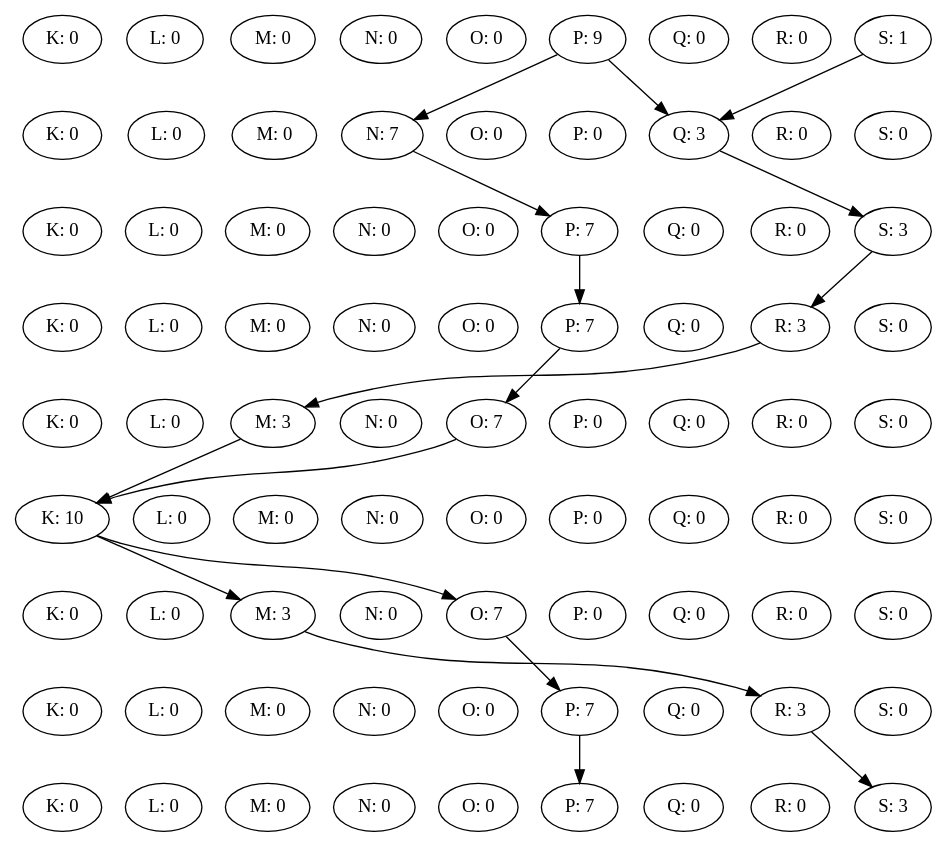
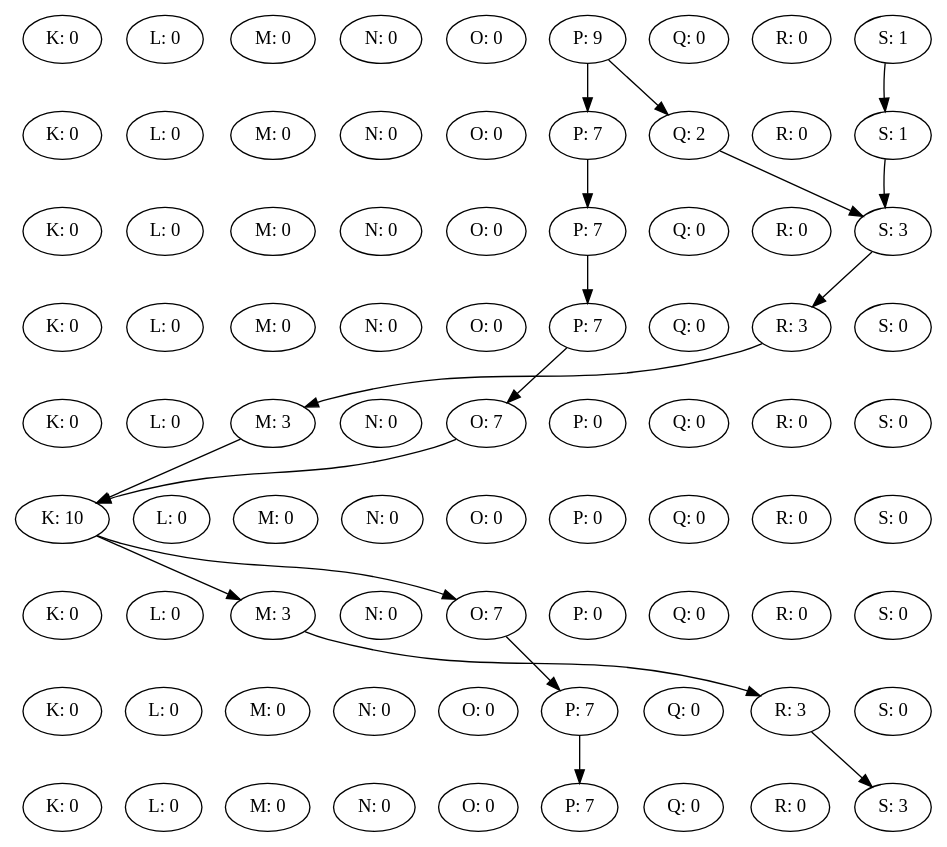
One commit to TieneSabor/slugs_swarmPlanner changed the diagram in ReAssigned.dot. Above: the diagram before and after it, drawn with Graphviz. The commit also changed 11 other files, not shown here.

```diff
--- a/ReAssigned.dot
+++ b/ReAssigned.dot
@@ -1,102 +1,103 @@
 digraph {
 K0 [label="K: 0"];
 L0 [label="L: 0"];
 M0 [label="M: 0"];
 N0 [label="N: 0"];
 O0 [label="O: 0"];
 P0 [label="P: 9"];
 Q0 [label="Q: 0"];
 R0 [label="R: 0"];
 S0 [label="S: 1"];
 rank = same {K0 -> L0 -> M0 -> N0 -> O0 -> P0 -> Q0 -> R0 -> S0 [style=invis] }K1 [label="K: 0"];
 L1 [label="L: 0"];
 M1 [label="M: 0"];
-N1 [label="N: 7"];
+N1 [label="N: 0"];
 O1 [label="O: 0"];
-P1 [label="P: 0"];
-Q1 [label="Q: 3"];
+P1 [label="P: 7"];
+Q1 [label="Q: 2"];
 R1 [label="R: 0"];
-S1 [label="S: 0"];
-rank = same {K1 -> L1 -> M1 -> N1 -> O1 -> P1 -> Q1 -> R1 -> S1 [style=invis] }P0 -> N1
+S1 [label="S: 1"];
+rank = same {K1 -> L1 -> M1 -> N1 -> O1 -> P1 -> Q1 -> R1 -> S1 [style=invis] }P0 -> P1
 P0 -> Q1
-S0 -> Q1
+S0 -> S1
 K2 [label="K: 0"];
 L2 [label="L: 0"];
 M2 [label="M: 0"];
 N2 [label="N: 0"];
 O2 [label="O: 0"];
 P2 [label="P: 7"];
 Q2 [label="Q: 0"];
 R2 [label="R: 0"];
 S2 [label="S: 3"];
-rank = same {K2 -> L2 -> M2 -> N2 -> O2 -> P2 -> Q2 -> R2 -> S2 [style=invis] }N1 -> P2
+rank = same {K2 -> L2 -> M2 -> N2 -> O2 -> P2 -> Q2 -> R2 -> S2 [style=invis] }P1 -> P2
 Q1 -> S2
+S1 -> S2
 K3 [label="K: 0"];
 L3 [label="L: 0"];
 M3 [label="M: 0"];
 N3 [label="N: 0"];
 O3 [label="O: 0"];
 P3 [label="P: 7"];
 Q3 [label="Q: 0"];
 R3 [label="R: 3"];
 S3 [label="S: 0"];
 rank = same {K3 -> L3 -> M3 -> N3 -> O3 -> P3 -> Q3 -> R3 -> S3 [style=invis] }P2 -> P3
 S2 -> R3
 K4 [label="K: 0"];
 L4 [label="L: 0"];
 M4 [label="M: 3"];
 N4 [label="N: 0"];
 O4 [label="O: 7"];
 P4 [label="P: 0"];
 Q4 [label="Q: 0"];
 R4 [label="R: 0"];
 S4 [label="S: 0"];
 rank = same {K4 -> L4 -> M4 -> N4 -> O4 -> P4 -> Q4 -> R4 -> S4 [style=invis] }P3 -> O4
 R3 -> M4
 K5 [label="K: 10"];
 L5 [label="L: 0"];
 M5 [label="M: 0"];
 N5 [label="N: 0"];
 O5 [label="O: 0"];
 P5 [label="P: 0"];
 Q5 [label="Q: 0"];
 R5 [label="R: 0"];
 S5 [label="S: 0"];
 rank = same {K5 -> L5 -> M5 -> N5 -> O5 -> P5 -> Q5 -> R5 -> S5 [style=invis] }M4 -> K5
 O4 -> K5
 K6 [label="K: 0"];
 L6 [label="L: 0"];
 M6 [label="M: 3"];
 N6 [label="N: 0"];
 O6 [label="O: 7"];
 P6 [label="P: 0"];
 Q6 [label="Q: 0"];
 R6 [label="R: 0"];
 S6 [label="S: 0"];
 rank = same {K6 -> L6 -> M6 -> N6 -> O6 -> P6 -> Q6 -> R6 -> S6 [style=invis] }K5 -> M6
 K5 -> O6
 K7 [label="K: 0"];
 L7 [label="L: 0"];
 M7 [label="M: 0"];
 N7 [label="N: 0"];
 O7 [label="O: 0"];
 P7 [label="P: 7"];
 Q7 [label="Q: 0"];
 R7 [label="R: 3"];
 S7 [label="S: 0"];
 rank = same {K7 -> L7 -> M7 -> N7 -> O7 -> P7 -> Q7 -> R7 -> S7 [style=invis] }M6 -> R7
 O6 -> P7
 K8 [label="K: 0"];
 L8 [label="L: 0"];
 M8 [label="M: 0"];
 N8 [label="N: 0"];
 O8 [label="O: 0"];
 P8 [label="P: 7"];
 Q8 [label="Q: 0"];
 R8 [label="R: 0"];
 S8 [label="S: 3"];
 rank = same {K8 -> L8 -> M8 -> N8 -> O8 -> P8 -> Q8 -> R8 -> S8 [style=invis] }P7 -> P8
 R7 -> S8
 K0 -> K1 -> K2 -> K3 -> K4 -> K5 -> K6 -> K7 -> K8 [ style=invis; weight=1000 ]
 S0 -> S1 -> S2 -> S3 -> S4 -> S5 -> S6 -> S7 -> S8 [ style=invis; weight=1000 ]
 }
```
